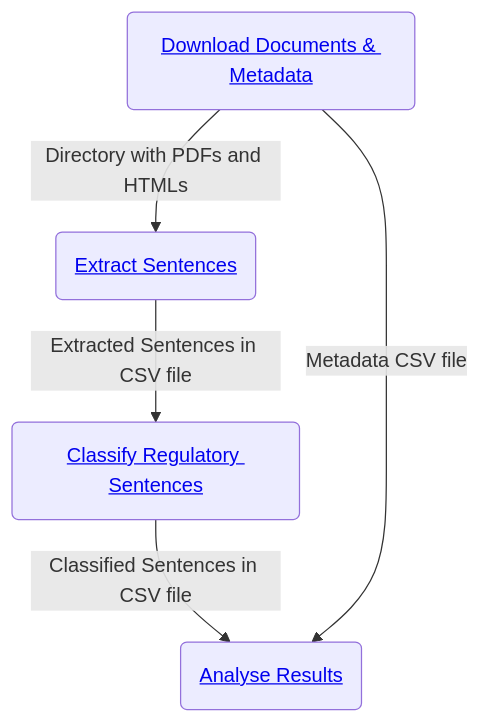
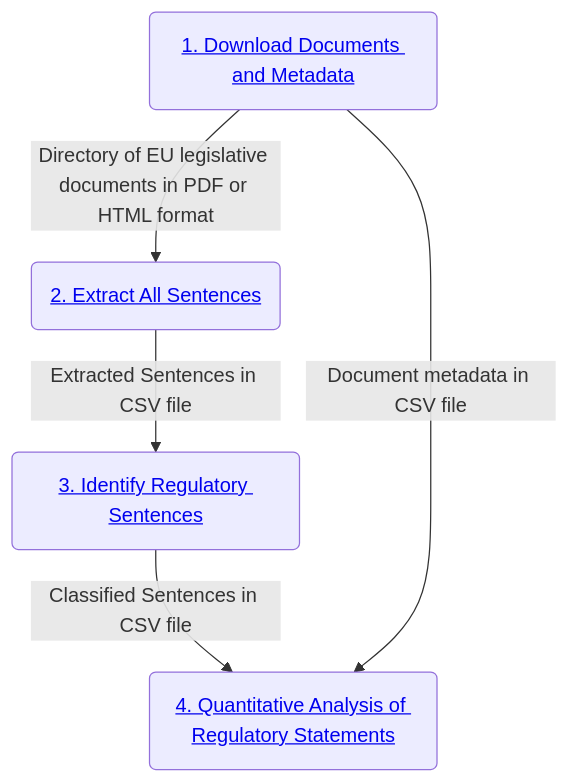
One commit to nature-of-eu-rules/eu-legislation-strictness-analysis changed the diagram in README.md. Above: the diagram before and after it, drawn with Mermaid. The commit also changed other lines of this file, not shown here.

Commit message:
fixes mermaid diagram of pipeline, removes screenshot of mermaid diagram
Adds more info about the pipeline and description of the analysis

````diff
--- a/README.md
+++ b/README.md
@@ -10,8 +8,7 @@
 ```mermaid
 flowchart TD
-	A(<a href='https://github.com/nature-of-eu-rules/data-extraction'>Download Documents & Metadata</a>) -->| Directory with PDFs and HTMLs | B(<a 
-href='https://github.com/nature-of-eu-rules/data-preprocessing'>Extract Sentences </a>)
-	B -->| Extracted Sentences in CSV file | C(<a href='https://github.com/nature-of-eu-rules/regulatory-statement-classification'>Classify Regulatory Sentences</a>)
-	C -->| Classified Sentences in CSV file | D(<a href='https://github.com/nature-of-eu-rules/eu-legislation-strictness-analysis'>Analyse Results</a>)
-    A -->| Metadata CSV file | D
+    A(<a href='https://github.com/nature-of-eu-rules/data-extraction'>1. Download Documents and Metadata</a>) -->| Directory of EU legislative documents in PDF or HTML format | B(<a href='https://github.com/nature-of-eu-rules/data-preprocessing'>2. Extract All Sentences</a>)
+    B -->| Extracted Sentences in CSV file | C(<a href='https://github.com/nature-of-eu-rules/regulatory-statement-classification'>3. Identify Regulatory Sentences</a>)
+    C -->| Classified Sentences in CSV file | D(<a href='https://github.com/nature-of-eu-rules/eu-legislation-strictness-analysis'>4. Quantitative Analysis of Regulatory Statements</a>)
+    A -->| Document metadata in CSV file | D
 ```
````
